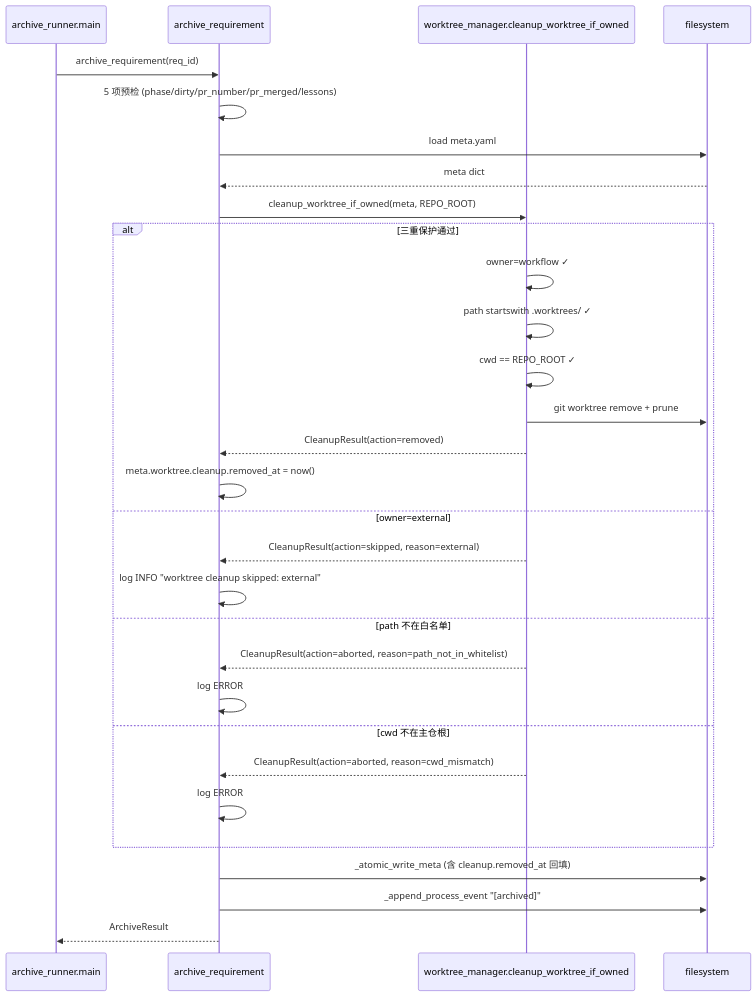
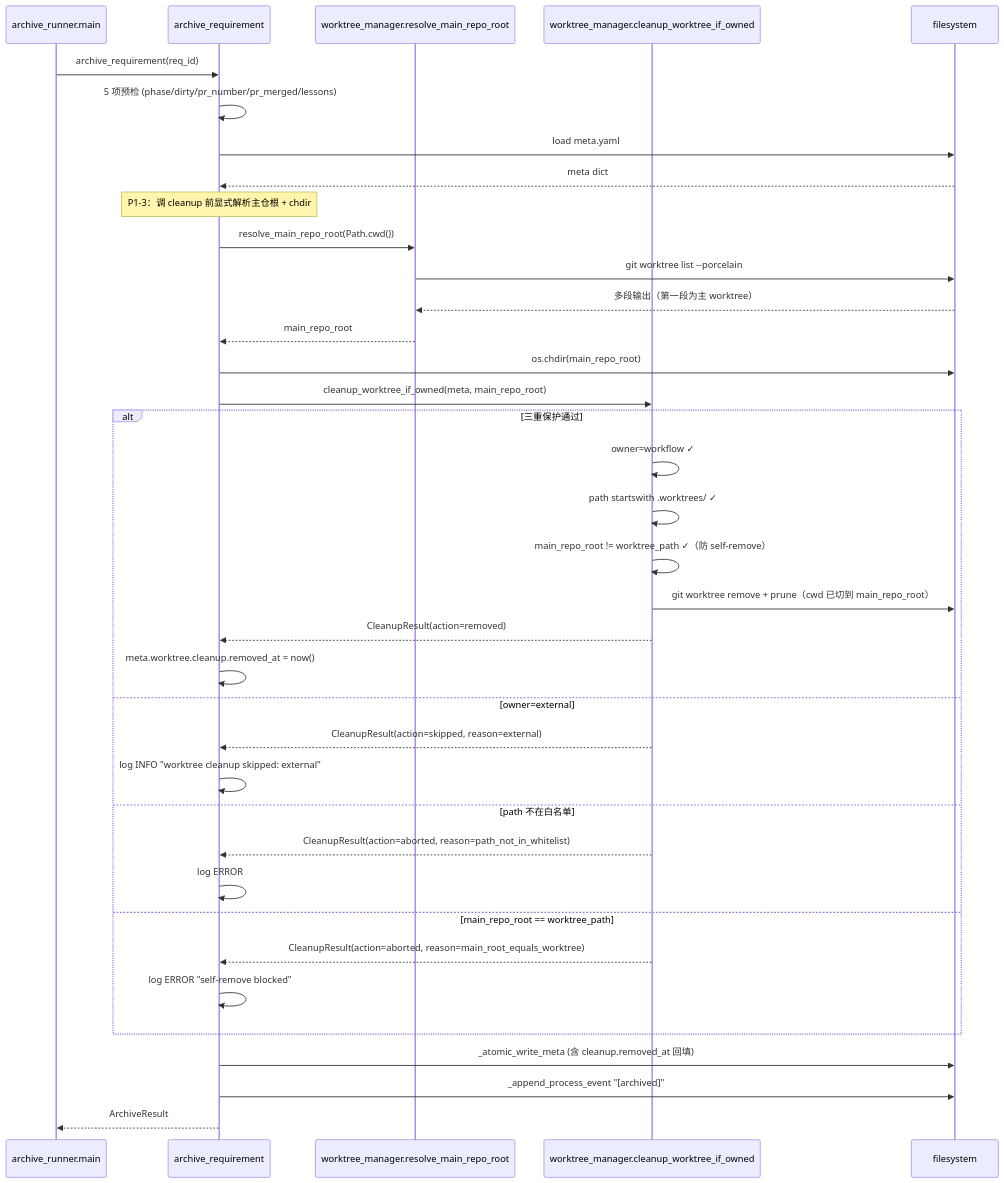
One commit to hjaaa/agentic-meta-engineering changed the third of 3 diagrams in requirements/REQ-2026-014/artifacts/detailed-design.md. Above: the diagram before and after it, drawn with Mermaid. The commit also changed other lines of this file and 13 other files, not shown here.

````diff
--- a/requirements/REQ-2026-014/artifacts/detailed-design.md
+++ b/requirements/REQ-2026-014/artifacts/detailed-design.md
@@ -1018,35 +1122,44 @@
 ```mermaid
 sequenceDiagram
     participant CLI as archive_runner.main
     participant AR as archive_requirement
+    participant Resolver as worktree_manager.resolve_main_repo_root
     participant WT as worktree_manager.cleanup_worktree_if_owned
     participant FS as filesystem
 
     CLI->>AR: archive_requirement(req_id)
     AR->>AR: 5 项预检 (phase/dirty/pr_number/pr_merged/lessons)
     AR->>FS: load meta.yaml
     FS-->>AR: meta dict
-    AR->>WT: cleanup_worktree_if_owned(meta, REPO_ROOT)
+
+    Note over AR: P1-3：调 cleanup 前显式解析主仓根 + chdir
+    AR->>Resolver: resolve_main_repo_root(Path.cwd())
+    Resolver->>FS: git worktree list --porcelain
+    FS-->>Resolver: 多段输出（第一段为主 worktree）
+    Resolver-->>AR: main_repo_root
+    AR->>FS: os.chdir(main_repo_root)
+
+    AR->>WT: cleanup_worktree_if_owned(meta, main_repo_root)
 
     alt 三重保护通过
         WT->>WT: owner=workflow ✓
         WT->>WT: path startswith .worktrees/ ✓
-        WT->>WT: cwd == REPO_ROOT ✓
-        WT->>FS: git worktree remove + prune
+        WT->>WT: main_repo_root != worktree_path ✓（防 self-remove）
+        WT->>FS: git worktree remove + prune（cwd 已切到 main_repo_root）
         WT-->>AR: CleanupResult(action=removed)
         AR->>AR: meta.worktree.cleanup.removed_at = now()
     else owner=external
         WT-->>AR: CleanupResult(action=skipped, reason=external)
         AR->>AR: log INFO "worktree cleanup skipped: external"
     else path 不在白名单
         WT-->>AR: CleanupResult(action=aborted, reason=path_not_in_whitelist)
         AR->>AR: log ERROR
-    else cwd 不在主仓根
-        WT-->>AR: CleanupResult(action=aborted, reason=cwd_mismatch)
-        AR->>AR: log ERROR
+    else main_repo_root == worktree_path
+        WT-->>AR: CleanupResult(action=aborted, reason=main_root_equals_worktree)
+        AR->>AR: log ERROR "self-remove blocked"
     end
 
     AR->>FS: _atomic_write_meta (含 cleanup.removed_at 回填)
     AR->>FS: _append_process_event "[archived]"
     AR-->>CLI: ArchiveResult
 ```
````
